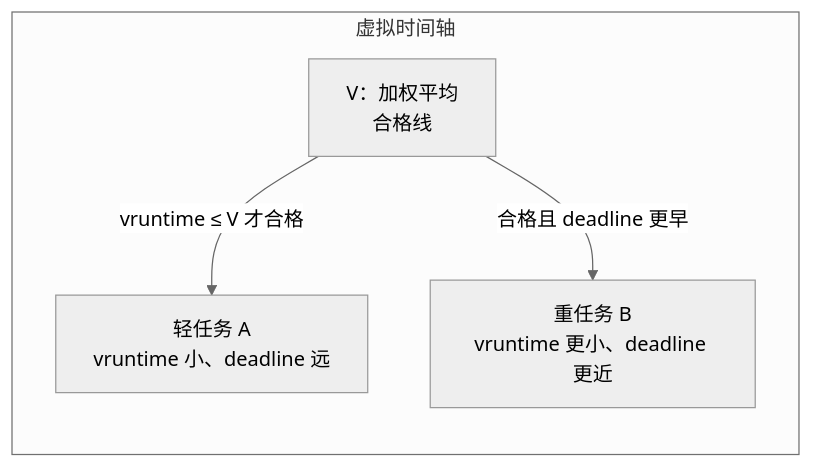
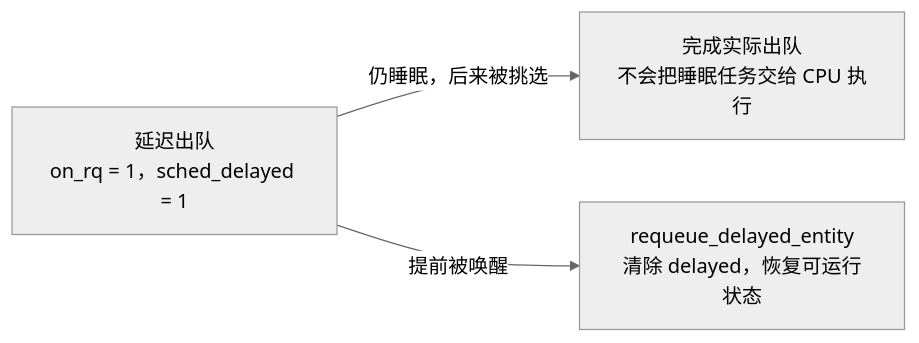
Before and after one commit to linuxperf/linux-study: the second of 2 diagrams in interview/sched/sched.md, drawn with Mermaid (neutral theme). The commit also changed other lines of this file and 2 other files, not shown here.

````diff
--- a/interview/sched/sched.md
+++ b/interview/sched/sched.md
@@ -176,10 +515,6 @@
 ```mermaid
 flowchart LR
-    subgraph axis["虚拟时间轴"]
-        A["轻任务 A<br/>vruntime 小、deadline 远"]
-        V["V：加权平均<br/>合格线"]
-        B["重任务 B<br/>vruntime 更小、deadline 更近"]
-    end
-    V -->|vruntime ≤ V 才合格| A
-    V -->|合格且 deadline 更早| B
+    D["延迟出队<br/>on_rq = 1，sched_delayed = 1"]
+    D -->|仍睡眠，后来被挑选| S["完成实际出队<br/>不会把睡眠任务交给 CPU 执行"]
+    D -->|提前被唤醒| W["requeue_delayed_entity<br/>清除 delayed，恢复可运行状态"]
 ```
````
